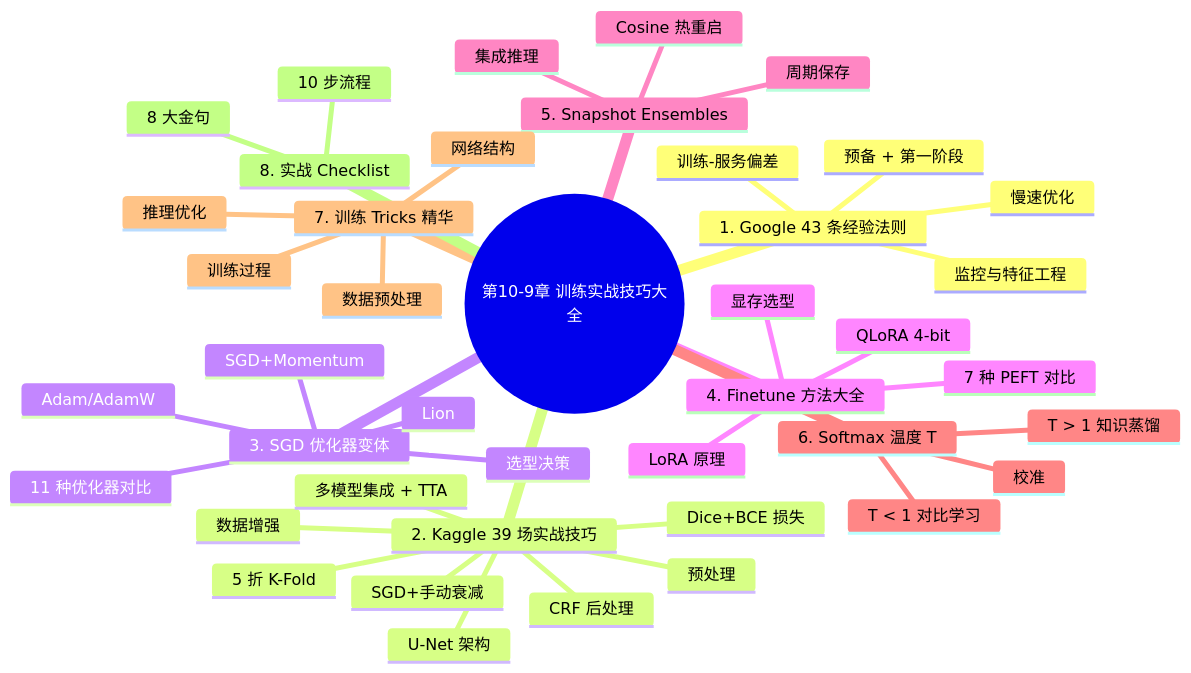
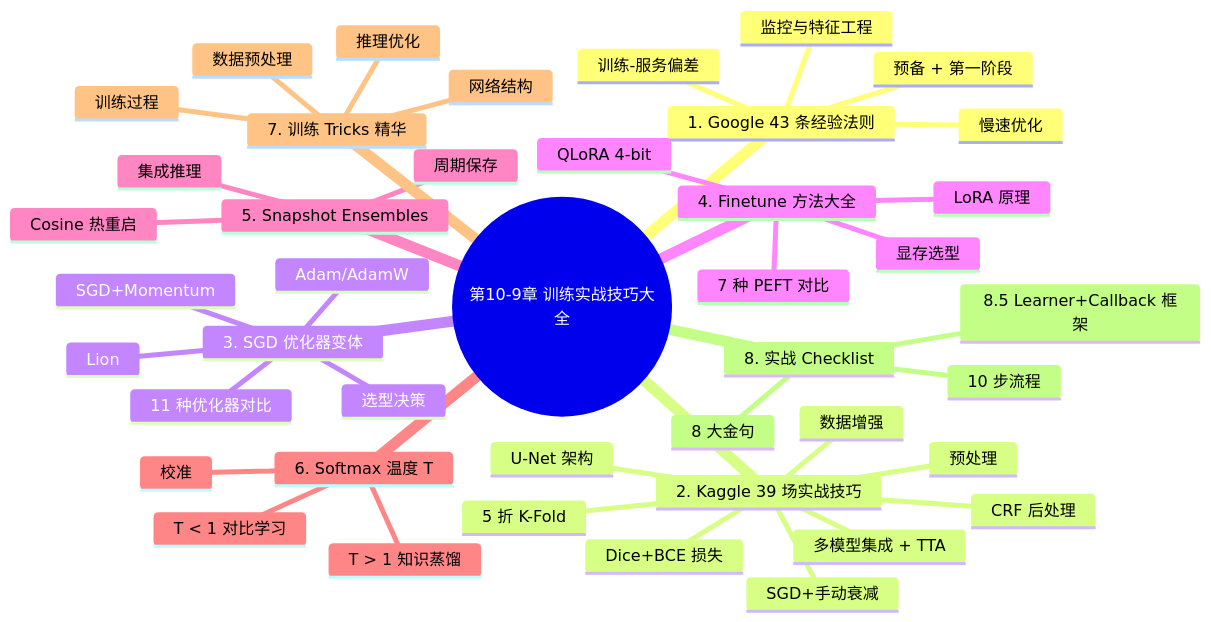
The second of 2 diagrams in chapters/PART10-训练优化与部署/10-9-训练实战技巧大全.md (dwSun/AI-Tutorial), drawn with Mermaid before and after one commit. The commit also changed other lines of this file and 20 other files, not shown here.

````diff
--- a/chapters/PART10-训练优化与部署/10-9-训练实战技巧大全.md
+++ b/chapters/PART10-训练优化与部署/10-9-训练实战技巧大全.md
@@ -669,45 +906,46 @@
 ```mermaid
 mindmap
   root((第10-9章 训练实战技巧大全))
     1. Google 43 条经验法则
       预备 + 第一阶段
       监控与特征工程
       训练-服务偏差
       慢速优化
     2. Kaggle 39 场实战技巧
       预处理
       数据增强
       U-Net 架构
       Dice+BCE 损失
       SGD+手动衰减
       5 折 K-Fold
       多模型集成 + TTA
       CRF 后处理
     3. SGD 优化器变体
       SGD+Momentum
       Adam/AdamW
       Lion
       11 种优化器对比
       选型决策
     4. Finetune 方法大全
       LoRA 原理
       QLoRA 4-bit
       7 种 PEFT 对比
       显存选型
     5. Snapshot Ensembles
       Cosine 热重启
       周期保存
       集成推理
     6. Softmax 温度 T
       T > 1 知识蒸馏
       T < 1 对比学习
       校准
     7. 训练 Tricks 精华
       数据预处理
       训练过程
       网络结构
       推理优化
     8. 实战 Checklist
       10 步流程
       8 大金句
+      8.5 Learner+Callback 框架
 ```
````
